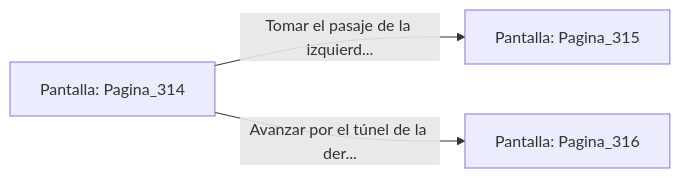
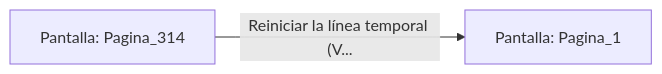
One commit to metsuke/mpl changed the diagram in sample/eligejuego-vault/Pantalla_Pagina_314.md. Above: the diagram before and after it, drawn with Mermaid. The commit also changed other lines of this file and 635 other files, not shown here.

First line of the commit message:
fix: añadir Pagina_1 como pantalla inicial en capitulo_01.mpl

````diff
--- a/sample/eligejuego-vault/Pantalla_Pagina_314.md
+++ b/sample/eligejuego-vault/Pantalla_Pagina_314.md
@@ -20,6 +17,5 @@
 ```mermaid
 graph LR
     P_Pagina_314["Pantalla: Pagina_314"]
-    P_Pagina_314 -->|"Tomar el pasaje de la izquierd..."| P_Pagina_315["Pantalla: Pagina_315"]
-    P_Pagina_314 -->|"Avanzar por el túnel de la der..."| P_Pagina_316["Pantalla: Pagina_316"]
+    P_Pagina_314 -->|"Reiniciar la línea temporal (V..."| P_Pagina_1["Pantalla: Pagina_1"]
 ```
````
